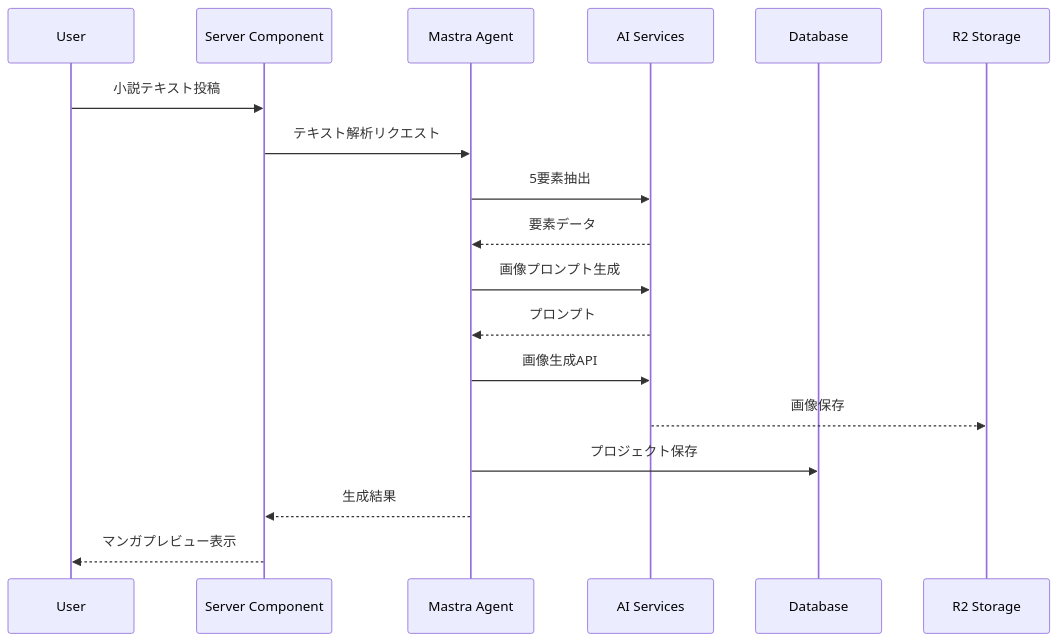
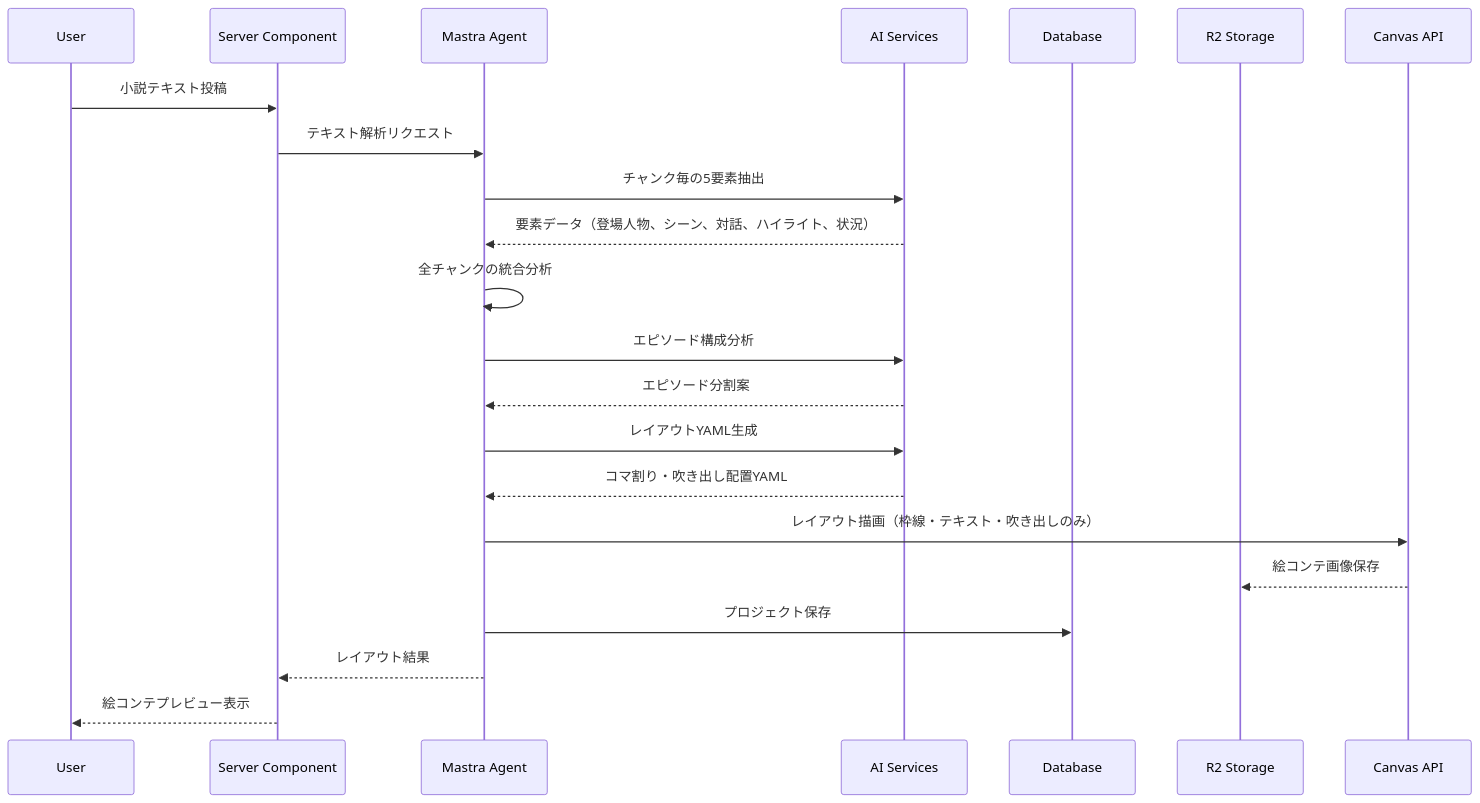
The second of 6 diagrams in .kiro/specs/novel-to-manga-converter/design.md (matsuvr/novel2manga-ts), drawn with Mermaid before and after one commit. The commit also changed other lines of this file and 36 other files, not shown here.

````diff
--- a/.kiro/specs/novel-to-manga-converter/design.md
+++ b/.kiro/specs/novel-to-manga-converter/design.md
@@ -94,21 +101,25 @@
 ```mermaid
 sequenceDiagram
     participant User
     participant RSC as Server Component
     participant Mastra as Mastra Agent
     participant AI as AI Services
     participant DB as Database
     participant Storage as R2 Storage
+    participant Canvas as Canvas API
 
     User->>RSC: 小説テキスト投稿
     RSC->>Mastra: テキスト解析リクエスト
-    Mastra->>AI: 5要素抽出
-    AI-->>Mastra: 要素データ
-    Mastra->>AI: 画像プロンプト生成
-    AI-->>Mastra: プロンプト
-    Mastra->>AI: 画像生成API
-    AI-->>Storage: 画像保存
+    Mastra->>AI: チャンク毎の5要素抽出
+    AI-->>Mastra: 要素データ（登場人物、シーン、対話、ハイライト、状況）
+    Mastra->>Mastra: 全チャンクの統合分析
+    Mastra->>AI: エピソード構成分析
+    AI-->>Mastra: エピソード分割案
+    Mastra->>AI: レイアウトYAML生成
+    AI-->>Mastra: コマ割り・吹き出し配置YAML
+    Mastra->>Canvas: レイアウト描画（枠線・テキスト・吹き出しのみ）
+    Canvas-->>Storage: 絵コンテ画像保存
     Mastra->>DB: プロジェクト保存
-    Mastra-->>RSC: 生成結果
-    RSC-->>User: マンガプレビュー表示
+    Mastra-->>RSC: レイアウト結果
+    RSC-->>User: 絵コンテプレビュー表示
 ```
````
